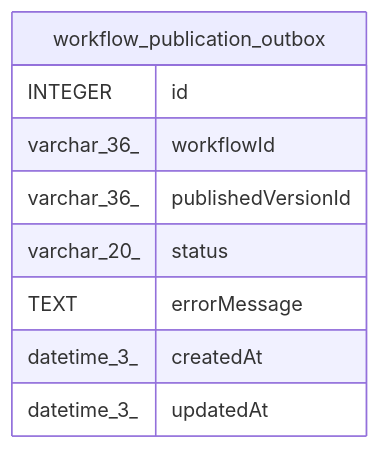
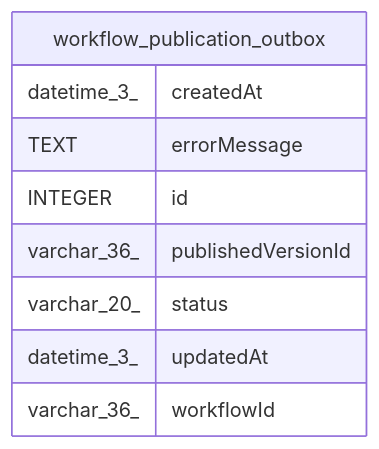
The diagram in docs/generated/sqlite-schema/workflow_publication_outbox.md (mayankjain1815-commits/n8n), drawn with Mermaid before and after one commit. The commit also changed other lines of this file and 221 other files, not shown here.

Commit message:
chore(core): Make DB schema docs generation deterministic (#32373)

````diff
--- a/docs/generated/sqlite-schema/workflow_publication_outbox.md
+++ b/docs/generated/sqlite-schema/workflow_publication_outbox.md
@@ -41,14 +41,14 @@
 ```mermaid
 erDiagram
 
 
 "workflow_publication_outbox" {
+  datetime_3_ createdAt
+  TEXT errorMessage
   INTEGER id
-  varchar_36_ workflowId
   varchar_36_ publishedVersionId
   varchar_20_ status
-  TEXT errorMessage
-  datetime_3_ createdAt
   datetime_3_ updatedAt
+  varchar_36_ workflowId
 }
 ```
````
